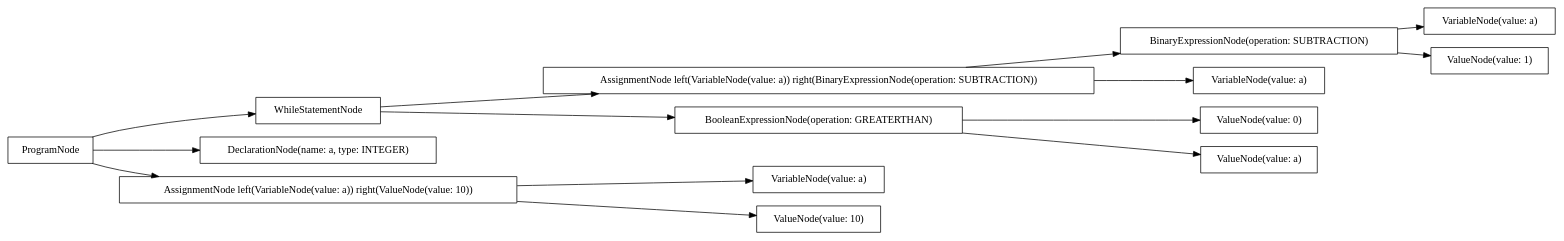
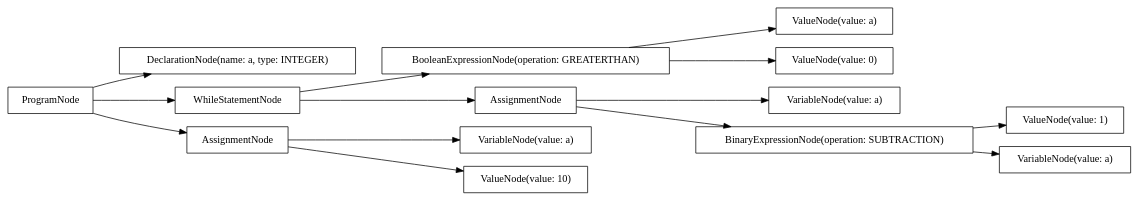
The diagram in src/output/dot/example-while.dot (AtLeastITry/ANTLR-Python-Compiler), drawn with Graphviz before and after one commit. The commit also changed 11 other files, not shown here.

```diff
--- a/src/output/dot/example-while.dot
+++ b/src/output/dot/example-while.dot
@@ -1,30 +1,30 @@
 digraph G {
 rankdir=LR
-"5b4fd16b-1003-41c8-bea7-646a09eb06c9" [label="VariableNode(value: a)" shape="box"];
-"9a8d6846-1cb8-492b-953e-4d6d63980b12" [label="WhileStatementNode" shape="box"];
-"a60489c8-9e11-4e0b-9aae-fbb855527736" [label="AssignmentNode left(VariableNode(value: a)) right(BinaryExpressionNode(operation: SUBTRACTION))" shape="box"];
-"60f911ac-7e5f-4806-9486-eeb727443a7e" [label="BooleanExpressionNode(operation: GREATERTHAN)" shape="box"];
-"cf47bc12-8db5-49bc-afb2-dbeb5c13675c" [label="DeclarationNode(name: a, type: INTEGER)" shape="box"];
-"4a9a0adc-b8ad-4e00-b426-f2cd701ef174" [label="ValueNode(value: 0)" shape="box"];
-"50637bbb-e471-4da0-baee-cd15d8b2352d" [label="AssignmentNode left(VariableNode(value: a)) right(ValueNode(value: 10))" shape="box"];
-"23ded35e-81d2-438d-9f84-a35cf45dbfeb" [label="ProgramNode" shape="box"];
-"e52dccbc-1e58-43aa-b7cc-1c2ddba40534" [label="VariableNode(value: a)" shape="box"];
-"582bd4f9-8265-4976-9335-0524337163f4" [label="ValueNode(value: 10)" shape="box"];
-"99cf3405-315d-4511-918a-e737f64d3d23" [label="BinaryExpressionNode(operation: SUBTRACTION)" shape="box"];
-"8e8d7ff3-c535-43e1-8b32-b1a8b904bee2" [label="VariableNode(value: a)" shape="box"];
-"ce495e59-fe40-4779-a056-9550594536dd" [label="ValueNode(value: 1)" shape="box"];
-"7f97a017-2254-453e-8f2f-6dc59b1c3e25" [label="ValueNode(value: a)" shape="box"];
-"23ded35e-81d2-438d-9f84-a35cf45dbfeb" -> "cf47bc12-8db5-49bc-afb2-dbeb5c13675c";
-"23ded35e-81d2-438d-9f84-a35cf45dbfeb" -> "50637bbb-e471-4da0-baee-cd15d8b2352d";
-"50637bbb-e471-4da0-baee-cd15d8b2352d" -> "5b4fd16b-1003-41c8-bea7-646a09eb06c9";
-"50637bbb-e471-4da0-baee-cd15d8b2352d" -> "582bd4f9-8265-4976-9335-0524337163f4";
-"23ded35e-81d2-438d-9f84-a35cf45dbfeb" -> "9a8d6846-1cb8-492b-953e-4d6d63980b12";
-"9a8d6846-1cb8-492b-953e-4d6d63980b12" -> "60f911ac-7e5f-4806-9486-eeb727443a7e";
-"60f911ac-7e5f-4806-9486-eeb727443a7e" -> "7f97a017-2254-453e-8f2f-6dc59b1c3e25";
-"60f911ac-7e5f-4806-9486-eeb727443a7e" -> "4a9a0adc-b8ad-4e00-b426-f2cd701ef174";
-"9a8d6846-1cb8-492b-953e-4d6d63980b12" -> "a60489c8-9e11-4e0b-9aae-fbb855527736";
-"a60489c8-9e11-4e0b-9aae-fbb855527736" -> "8e8d7ff3-c535-43e1-8b32-b1a8b904bee2";
-"a60489c8-9e11-4e0b-9aae-fbb855527736" -> "99cf3405-315d-4511-918a-e737f64d3d23";
-"99cf3405-315d-4511-918a-e737f64d3d23" -> "e52dccbc-1e58-43aa-b7cc-1c2ddba40534";
-"99cf3405-315d-4511-918a-e737f64d3d23" -> "ce495e59-fe40-4779-a056-9550594536dd";
+"a31f12a4-1f27-4361-8053-08b9d1d1a345" [label="ValueNode(value: a)" shape="box"];
+"0e21f743-4d17-4869-9526-1289eb34e7a4" [label="VariableNode(value: a)" shape="box"];
+"48d20dec-113c-42a2-9de5-4ace1580844c" [label="BooleanExpressionNode(operation: GREATERTHAN)" shape="box"];
+"64bffb24-994c-4669-aca8-f324a5589160" [label="BinaryExpressionNode(operation: SUBTRACTION)" shape="box"];
+"c33a9368-1017-47dd-abeb-73a477fb6740" [label="DeclarationNode(name: a, type: INTEGER)" shape="box"];
+"7d9cb256-f68c-4895-9c8d-ab778e4a7b2f" [label="ValueNode(value: 1)" shape="box"];
+"b87fed13-fa74-4ac1-aeb6-81fe97c5b89a" [label="AssignmentNode" shape="box"];
+"9769c308-4550-4c5c-b265-7543decbe190" [label="VariableNode(value: a)" shape="box"];
+"84ccbbb9-3099-4351-8176-a0fdb63eddfc" [label="VariableNode(value: a)" shape="box"];
+"039db07b-d6b7-4cbf-b167-33a06f57848a" [label="WhileStatementNode" shape="box"];
+"37a062a9-a3f7-4ba3-9232-a27c0f22b726" [label="ValueNode(value: 0)" shape="box"];
+"77a85b3d-7c59-4205-b89b-fe9c918e41d8" [label="AssignmentNode" shape="box"];
+"5eda6c70-d6d2-40cf-89d8-30b52979e61b" [label="ValueNode(value: 10)" shape="box"];
+"fe18db6f-6d0a-4693-9a46-073d19d524bb" [label="ProgramNode" shape="box"];
+"fe18db6f-6d0a-4693-9a46-073d19d524bb" -> "c33a9368-1017-47dd-abeb-73a477fb6740";
+"fe18db6f-6d0a-4693-9a46-073d19d524bb" -> "77a85b3d-7c59-4205-b89b-fe9c918e41d8";
+"77a85b3d-7c59-4205-b89b-fe9c918e41d8" -> "84ccbbb9-3099-4351-8176-a0fdb63eddfc";
+"77a85b3d-7c59-4205-b89b-fe9c918e41d8" -> "5eda6c70-d6d2-40cf-89d8-30b52979e61b";
+"fe18db6f-6d0a-4693-9a46-073d19d524bb" -> "039db07b-d6b7-4cbf-b167-33a06f57848a";
+"039db07b-d6b7-4cbf-b167-33a06f57848a" -> "48d20dec-113c-42a2-9de5-4ace1580844c";
+"48d20dec-113c-42a2-9de5-4ace1580844c" -> "a31f12a4-1f27-4361-8053-08b9d1d1a345";
+"48d20dec-113c-42a2-9de5-4ace1580844c" -> "37a062a9-a3f7-4ba3-9232-a27c0f22b726";
+"039db07b-d6b7-4cbf-b167-33a06f57848a" -> "b87fed13-fa74-4ac1-aeb6-81fe97c5b89a";
+"b87fed13-fa74-4ac1-aeb6-81fe97c5b89a" -> "0e21f743-4d17-4869-9526-1289eb34e7a4";
+"b87fed13-fa74-4ac1-aeb6-81fe97c5b89a" -> "64bffb24-994c-4669-aca8-f324a5589160";
+"64bffb24-994c-4669-aca8-f324a5589160" -> "9769c308-4550-4c5c-b265-7543decbe190";
+"64bffb24-994c-4669-aca8-f324a5589160" -> "7d9cb256-f68c-4895-9c8d-ab778e4a7b2f";
 }
```
